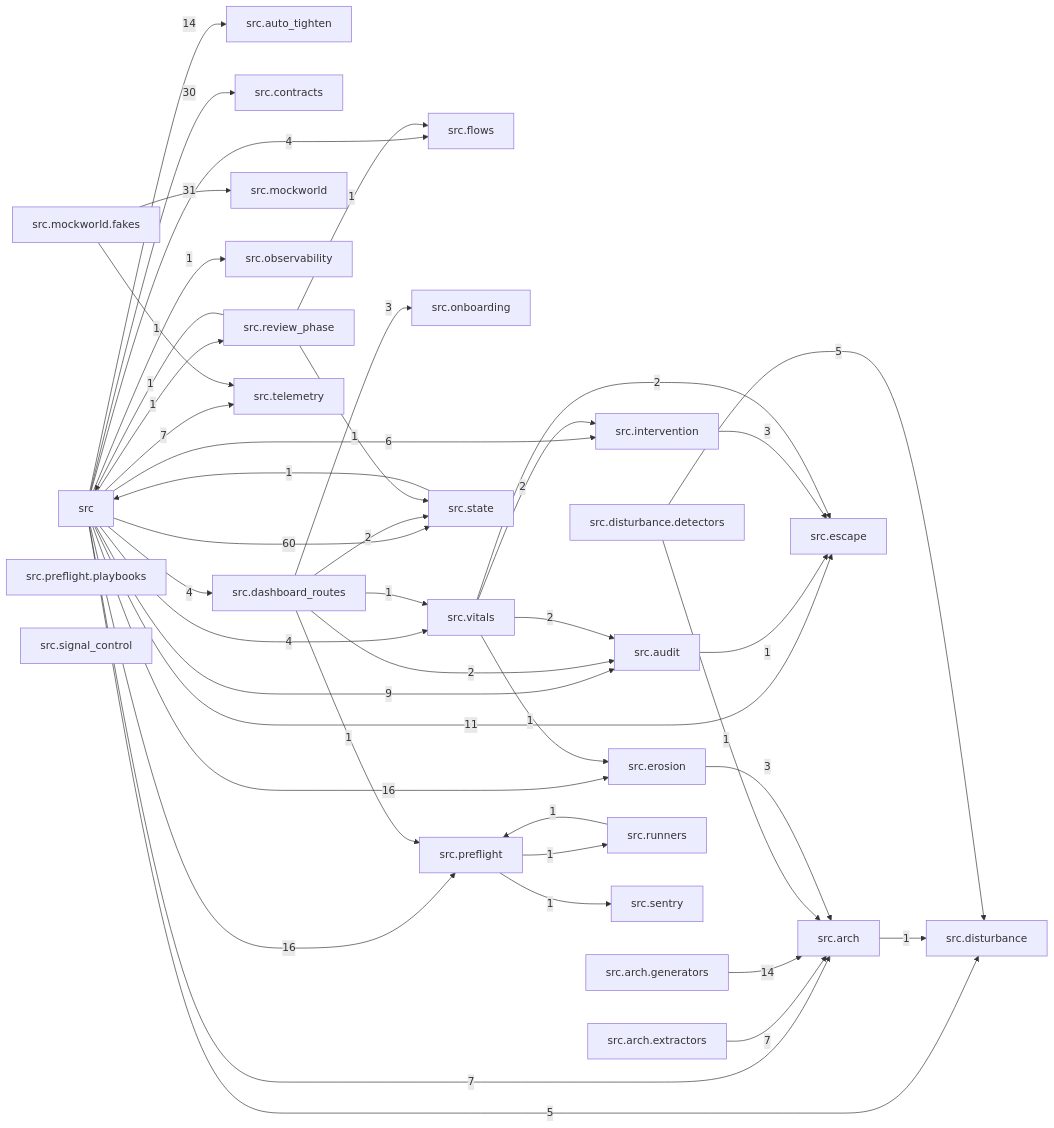
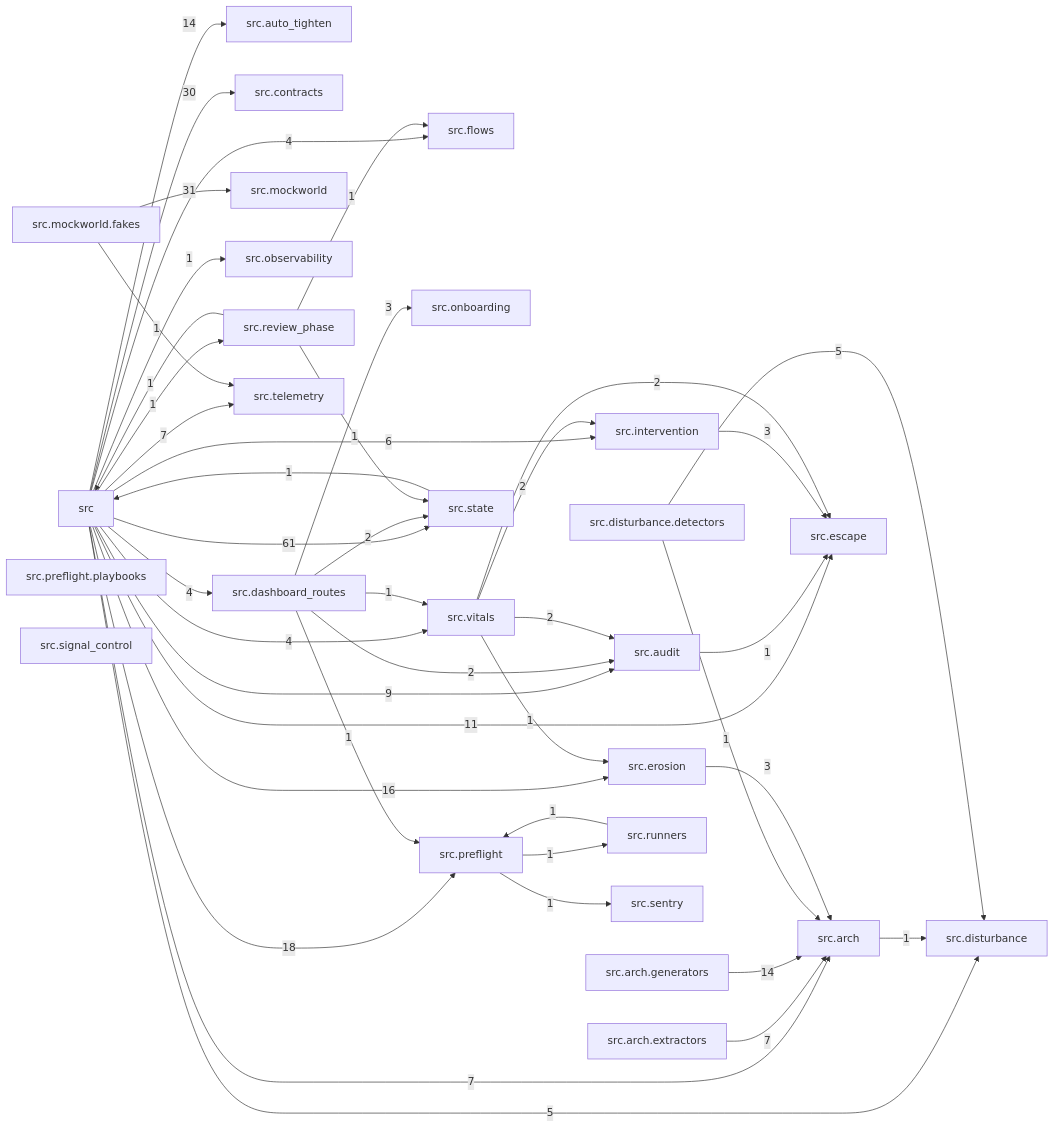
One commit to T-rav/hydraflow changed the diagram in docs/arch/generated/modules.md. Above: the diagram before and after it, drawn with Mermaid. The commit also changed 20 other files, not shown here.

````diff
--- a/docs/arch/generated/modules.md
+++ b/docs/arch/generated/modules.md
@@ -7,72 +7,72 @@
 ```mermaid
 graph LR
     src["src"]
     src_arch["src.arch"]
     src_arch_extractors["src.arch.extractors"]
     src_arch_generators["src.arch.generators"]
     src_audit["src.audit"]
     src_auto_tighten["src.auto_tighten"]
     src_contracts["src.contracts"]
     src_dashboard_routes["src.dashboard_routes"]
     src_disturbance["src.disturbance"]
     src_disturbance_detectors["src.disturbance.detectors"]
     src_erosion["src.erosion"]
     src_escape["src.escape"]
     src_flows["src.flows"]
     src_intervention["src.intervention"]
     src_mockworld["src.mockworld"]
     src_mockworld_fakes["src.mockworld.fakes"]
     src_observability["src.observability"]
     src_onboarding["src.onboarding"]
     src_preflight["src.preflight"]
     src_preflight_playbooks["src.preflight.playbooks"]
     src_review_phase["src.review_phase"]
     src_runners["src.runners"]
     src_sentry["src.sentry"]
     src_signal_control["src.signal_control"]
     src_state["src.state"]
     src_telemetry["src.telemetry"]
     src_vitals["src.vitals"]
     src -- "7" --> src_arch
     src -- "9" --> src_audit
     src -- "14" --> src_auto_tighten
     src -- "30" --> src_contracts
     src -- "4" --> src_dashboard_routes
     src -- "5" --> src_disturbance
     src -- "16" --> src_erosion
     src -- "11" --> src_escape
     src -- "4" --> src_flows
     src -- "6" --> src_intervention
     src -- "1" --> src_observability
-    src -- "16" --> src_preflight
+    src -- "18" --> src_preflight
     src -- "1" --> src_review_phase
-    src -- "60" --> src_state
+    src -- "61" --> src_state
     src -- "7" --> src_telemetry
     src -- "4" --> src_vitals
     src_arch -- "1" --> src_disturbance
     src_arch_extractors -- "7" --> src_arch
     src_arch_generators -- "14" --> src_arch
     src_audit -- "1" --> src_escape
     src_dashboard_routes -- "2" --> src_audit
     src_dashboard_routes -- "3" --> src_onboarding
     src_dashboard_routes -- "1" --> src_preflight
     src_dashboard_routes -- "2" --> src_state
     src_dashboard_routes -- "1" --> src_vitals
     src_disturbance_detectors -- "1" --> src_arch
     src_disturbance_detectors -- "5" --> src_disturbance
     src_erosion -- "3" --> src_arch
     src_intervention -- "3" --> src_escape
     src_mockworld_fakes -- "31" --> src_mockworld
     src_mockworld_fakes -- "1" --> src_telemetry
     src_preflight -- "1" --> src_runners
     src_preflight -- "1" --> src_sentry
     src_review_phase -- "1" --> src
     src_review_phase -- "1" --> src_flows
     src_review_phase -- "1" --> src_state
     src_runners -- "1" --> src_preflight
     src_state -- "1" --> src
     src_vitals -- "2" --> src_audit
     src_vitals -- "1" --> src_erosion
     src_vitals -- "2" --> src_escape
     src_vitals -- "2" --> src_intervention
 ```
````
